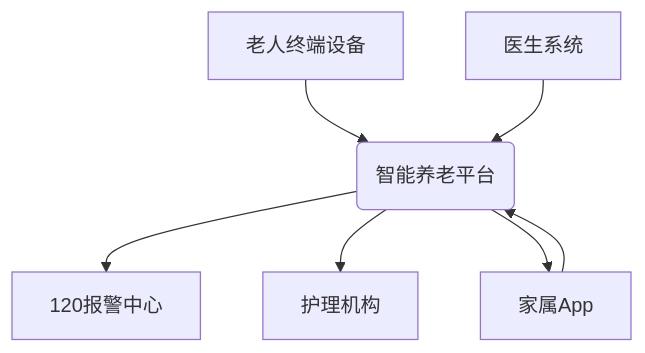
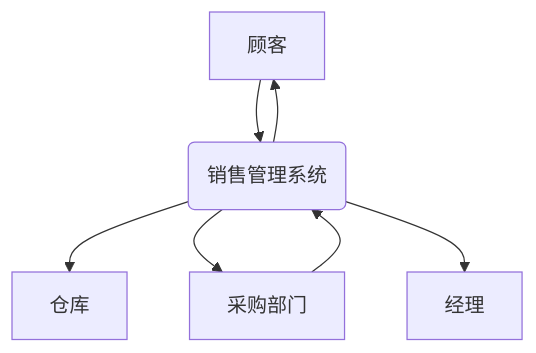
One commit to guangxiangdebizi/Year3-Sem1-Computer-Science-Notes changed the fourth of 5 diagrams in 软件工程/结构化分析学习指南.md. Above: the diagram before and after it, drawn with Mermaid. The commit also changed other lines of this file and 4 other files, not shown here.

````diff
--- a/软件工程/结构化分析学习指南.md
+++ b/软件工程/结构化分析学习指南.md
@@ -114,9 +131,9 @@
 ```mermaid
 graph TD
-    Elder[老人终端设备] --> P0(智能养老平台)
-    Family[家属App] --> P0
-    Doctor[医生系统] --> P0
-    P0 --> AlertCenter[120报警中心]
-    P0 --> NursePlatform[护理机构]
-    P0 --> Family
+    Customer[顾客] --> P0(销售管理系统)
+    Procurement[采购部门] --> P0
+    P0 --> Warehouse[仓库]
+    P0 --> Procurement
+    P0 --> Manager[经理]
+    P0 --> Customer
 ```
````
